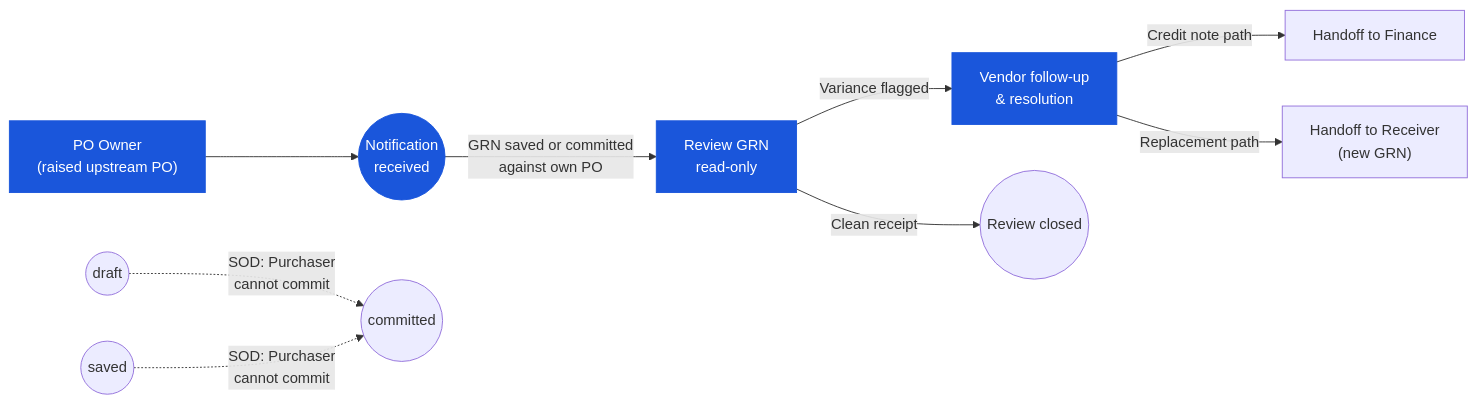
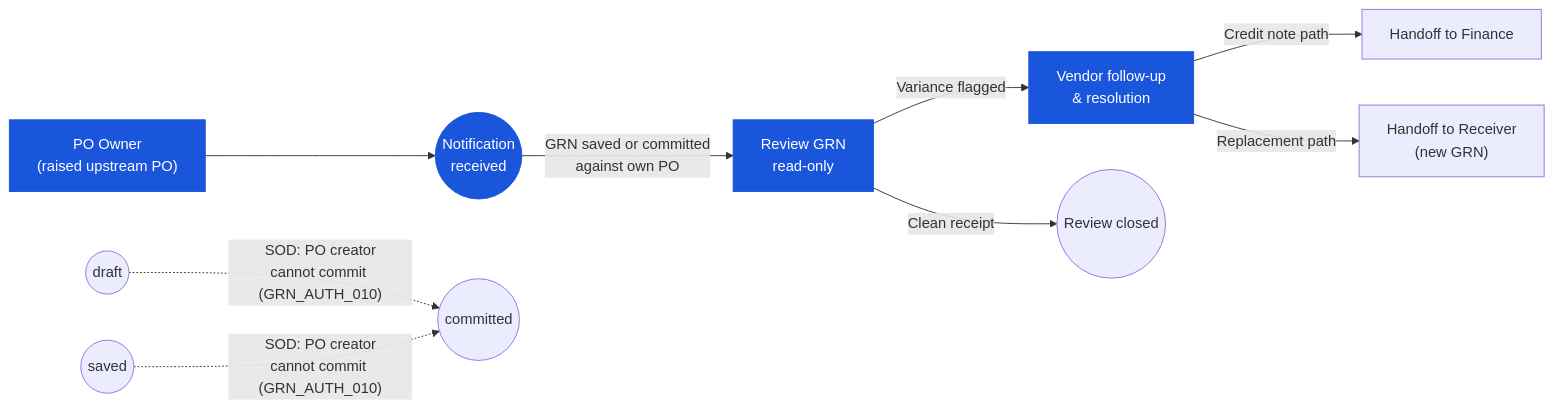
One commit to CarmenSoftware-organization/carmen-wiki changed the diagram in en/good-receive-note/03-user-flow-purchaser.md. Above: the diagram before and after it, drawn with Mermaid. The commit also changed 1 other file, not shown here.

Commit message:
docs(grn): fix code-review issues — align Finance matrix to GRN_AUTH_007/008 and Purchaser SOD label to GRN_AUTH_010
- Finance Permission Matrix (Issue 1, Option A): changed "Adjust extra-cost
  allocation method" row from ✅ to ❌ under AP capture + three-way match
  touchpoint; GRN_AUTH_007 permits allocation adjustment only while
  doc_status ∈ {draft, saved}, not once committed — the matrix was
  contradicting the canonical rule.
- Finance Permission Matrix (Issue 2): changed "Void / reverse GRN (co-auth)"
  row from ✅ citing GRN_POST_010 (the prohibition) to ❌ citing GRN_AUTH_008
  (line 100 of 02-business-rules.md); no GRN rule supports Finance co-auth
  void of a committed GRN — post-commit corrections use tb_credit_note or
  inventory-adjustment.
- Purchaser Workflow Position Mermaid (Issue 3): SOD dashed-arrow labels
  changed from "SOD: Purchaser cannot commit" to
  "SOD: PO creator cannot commit (GRN_AUTH_010)" — GRN_AUTH_010 restricts
  only the user who created or transmitted the upstream PO, not all Purchasers.

02-business-rules.md was NOT touched.

````diff
--- a/en/good-receive-note/03-user-flow-purchaser.md
+++ b/en/good-receive-note/03-user-flow-purchaser.md
@@ -19,12 +19,12 @@
 ```mermaid
 graph LR
     poOwner["PO Owner<br/>(raised upstream PO)"]:::current --> notif(("Notification<br/>received")):::current
     notif -->|"GRN saved or committed<br/>against own PO"| review["Review GRN<br/>read-only"]:::current
     review -->|"Variance flagged"| resolve["Vendor follow-up<br/>& resolution"]:::current
     review -->|"Clean receipt"| done(("Review closed"))
     resolve -->|"Credit note path"| finance["Handoff to Finance"]
     resolve -->|"Replacement path"| receiver["Handoff to Receiver<br/>(new GRN)"]
-    draft(("draft")) -.->|"SOD: Purchaser<br/>cannot commit"| committed(("committed"))
-    saved(("saved")) -.->|"SOD: Purchaser<br/>cannot commit"| committed
+    draft(("draft")) -.->|"SOD: PO creator<br/>cannot commit (GRN_AUTH_010)"| committed(("committed"))
+    saved(("saved")) -.->|"SOD: PO creator<br/>cannot commit (GRN_AUTH_010)"| committed
     classDef current fill:#1a56db,color:#fff,stroke:#1a56db;
 ```
````
